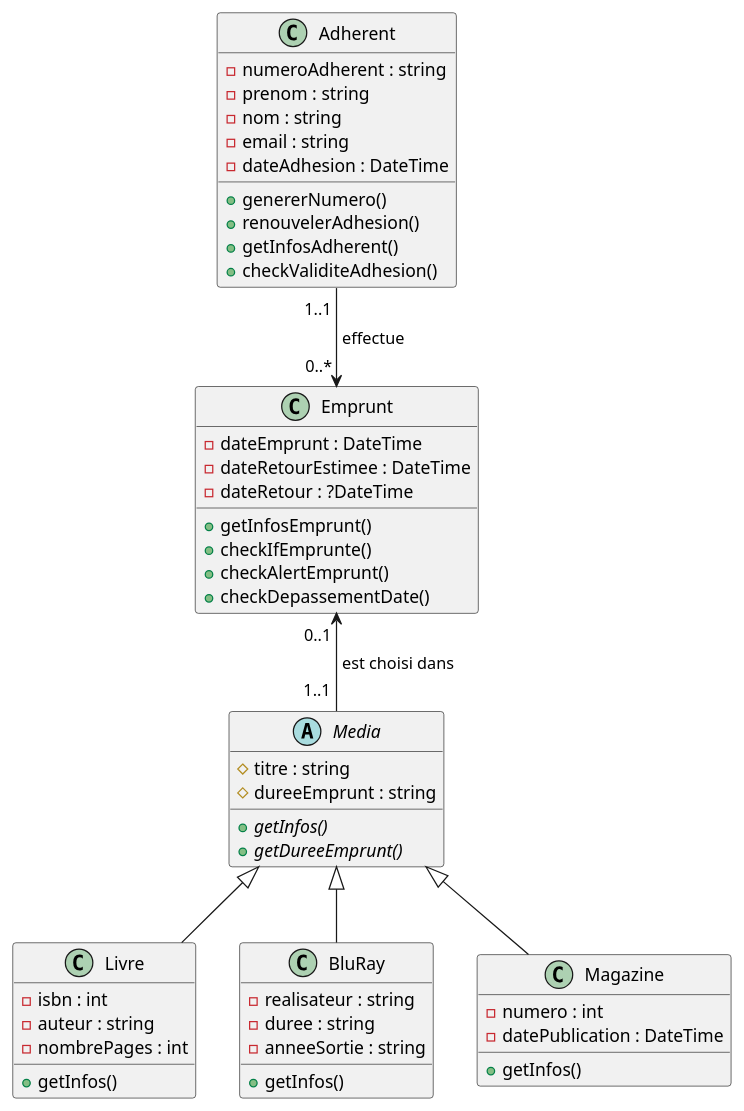
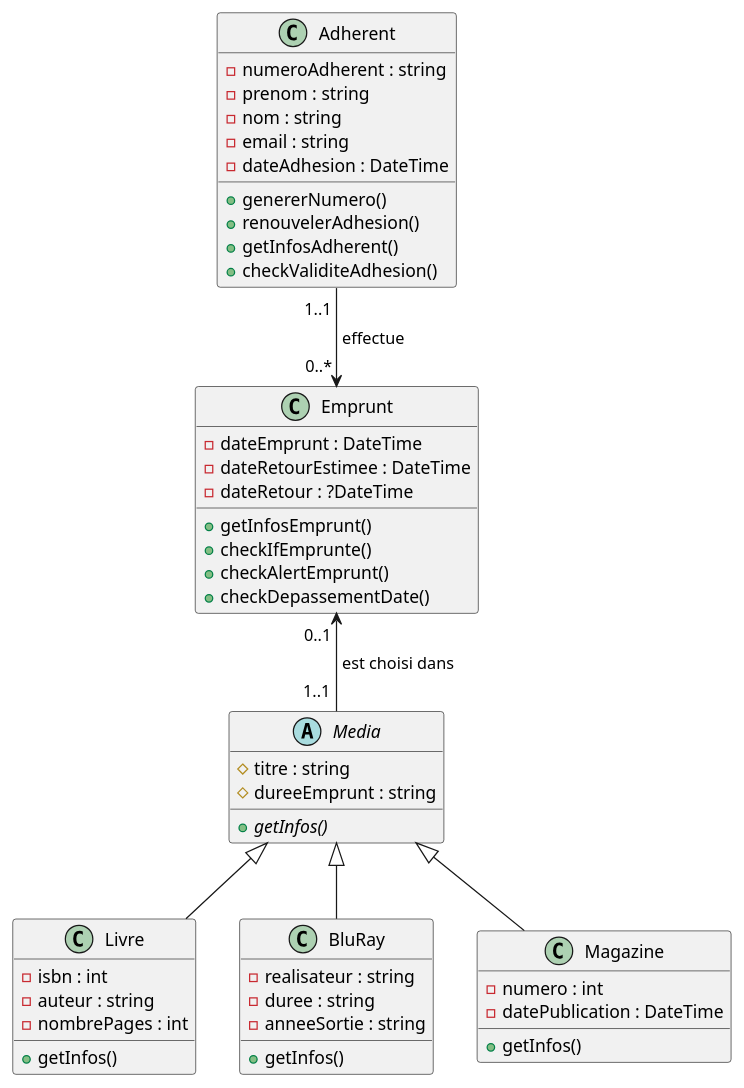
The diagram in documentation/Diagramme_de_classes.puml (nathanpierret/php-bibliotheque), drawn with PlantUML before and after one commit. The commit also changed 4 other files, not shown here.

Commit message:
Modification du polymorphisme de la méthode getDureeEmprunt()

```diff
--- a/documentation/Diagramme_de_classes.puml
+++ b/documentation/Diagramme_de_classes.puml
@@ -1,58 +1,57 @@
 @startuml
 'https://plantuml.com/class-diagram
 
 abstract class Media {
 #titre : string
 #dureeEmprunt : string
 {abstract} +getInfos()
-{abstract} +getDureeEmprunt()
 }
 
 class Livre {
 -isbn : int
 -auteur : string
 -nombrePages : int
 +getInfos()
 }
 
 class BluRay {
 -realisateur : string
 -duree : string
 -anneeSortie : string
 +getInfos()
 }
 
 class Magazine {
 -numero : int
 -datePublication : DateTime
 +getInfos()
 }
 
 class Adherent {
 -numeroAdherent : string
 -prenom : string
 -nom : string
 -email : string
 -dateAdhesion : DateTime
 +genererNumero()
 +renouvelerAdhesion()
 +getInfosAdherent()
 +checkValiditeAdhesion()
 }
 
 class Emprunt {
 -dateEmprunt : DateTime
 -dateRetourEstimee : DateTime
 -dateRetour : ?DateTime
 +getInfosEmprunt()
 +checkIfEmprunte()
 +checkAlertEmprunt()
 +checkDepassementDate()
 }
 
 Media <|-- Livre
 Media <|-- Magazine
 Media <|-- BluRay
 Adherent "1..1 " --> "0..* " Emprunt : " effectue"
 Emprunt "0..1 " <-- "1..1 " Media : " est choisi dans"
 @enduml
```
